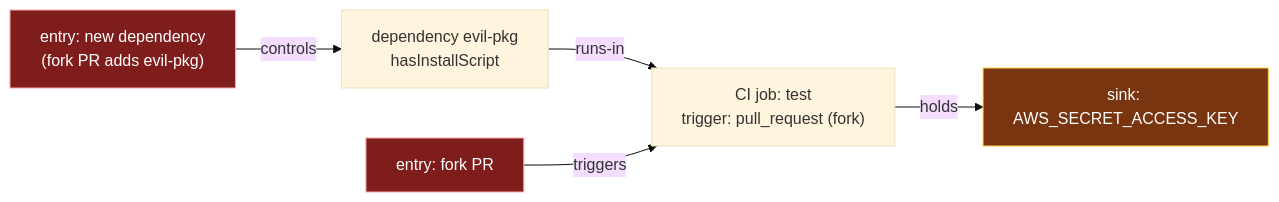
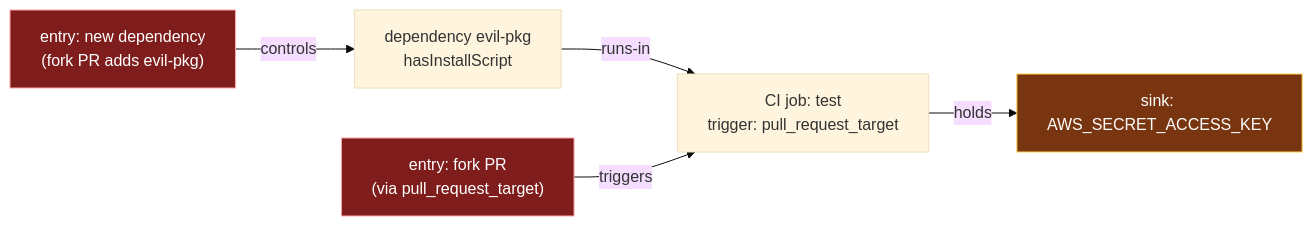
One commit to jwolberg/blastgate changed the diagram in docs/threat-model.md. Above: the diagram before and after it, drawn with Mermaid (base theme). The commit also changed other lines of this file and 1 other file, not shown here.

First line of the commit message:
docs: correct the fork-PR/secret model in README + threat model

````diff
--- a/docs/threat-model.md
+++ b/docs/threat-model.md
@@ -120,11 +134,11 @@
 ```mermaid
 flowchart LR
   E1["entry: new dependency<br/>(fork PR adds evil-pkg)"] -->|controls| D["dependency evil-pkg<br/>hasInstallScript"]
-  D -->|runs-in| J["CI job: test<br/>trigger: pull_request (fork)"]
-  E2["entry: fork PR"] -->|triggers| J
+  D -->|runs-in| J["CI job: test<br/>trigger: pull_request_target"]
+  E2["entry: fork PR<br/>(via pull_request_target)"] -->|triggers| J
   J -->|holds| S["sink: AWS_SECRET_ACCESS_KEY"]
   classDef entry fill:#7f1d1d,stroke:#fca5a5,color:#fff;
   classDef sink fill:#78350f,stroke:#fcd34d,color:#fff;
   class E1,E2 entry;
   class S sink;
 ```
````
